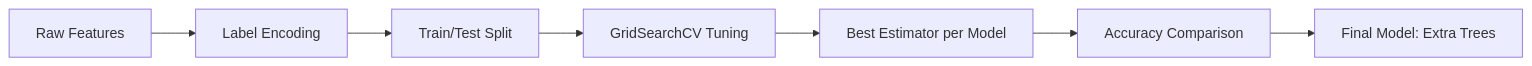
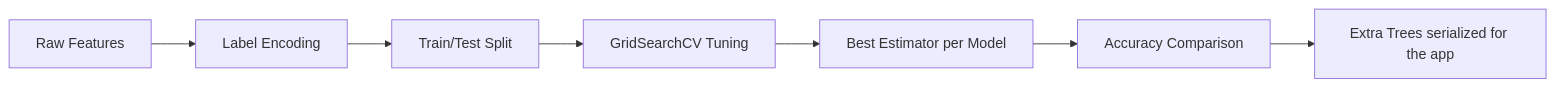
One commit to harshantla-cloud/CREDIT-RISK-MODELLING changed the third of 3 diagrams in README.md. Above: the diagram before and after it, drawn with Mermaid. The commit also changed other lines of this file, not shown here.

````diff
--- a/README.md
+++ b/README.md
@@ -117,9 +122,9 @@
 ```mermaid
 flowchart LR
     A[Raw Features] --> B[Label Encoding]
     B --> C[Train/Test Split]
     C --> D[GridSearchCV Tuning]
     D --> E[Best Estimator per Model]
     E --> F[Accuracy Comparison]
-    F --> G[Final Model: Extra Trees]
+    F --> G[Extra Trees serialized for the app]
 ```
````
